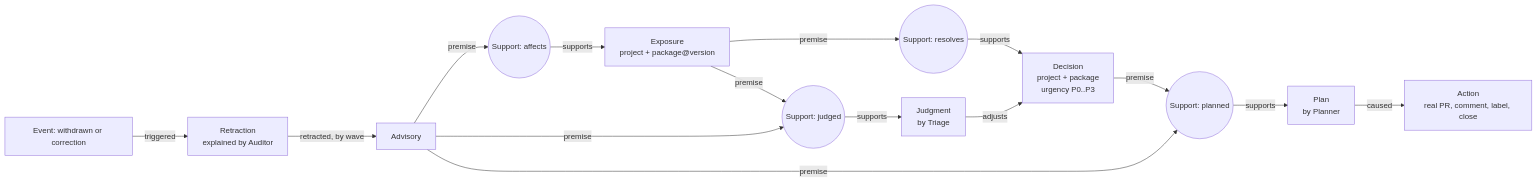
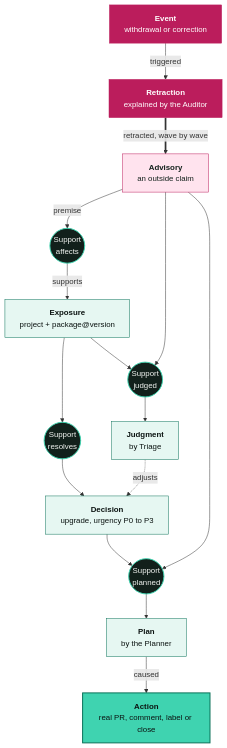
The first of 2 diagrams in README.md (Rudransh-1508/retcon), drawn with Mermaid before and after one commit. The commit also changed other lines of this file, not shown here.

Commit message:
README: shieldcn banner and badges, system architecture diagram, clearer graph model

````diff
--- a/README.md
+++ b/README.md
@@ -42,17 +37,29 @@
 ```mermaid
-flowchart LR
-  A[Advisory] -- premise --> S1((Support: affects))
-  S1 -- supports --> E[Exposure<br/>project + package@version]
-  E -- premise --> S2((Support: resolves))
-  S2 -- supports --> D[Decision<br/>project + package<br/>urgency P0..P3]
-  A -- premise --> S3((Support: judged))
-  E -- premise --> S3
-  S3 -- supports --> J[Judgment<br/>by Triage]
-  J -- adjusts --> D
-  D -- premise --> S4((Support: planned))
-  A -- premise --> S4
-  S4 -- supports --> P[Plan<br/>by Planner]
-  P -- caused --> X[Action<br/>real PR, comment, label, close]
-  W[Event: withdrawn or correction] -- triggered --> R[Retraction<br/>explained by Auditor]
-  R -- retracted, by wave --> A
+flowchart TB
+  W["<b>Event</b><br/>withdrawal or correction"] -->|triggered| R["<b>Retraction</b><br/>explained by the Auditor"]
+  R ==>|"retracted, wave by wave"| A["<b>Advisory</b><br/>an outside claim"]
+
+  A -->|premise| S1(("Support<br/>affects"))
+  S1 -->|supports| E["<b>Exposure</b><br/>project + package@version"]
+  E --> S2(("Support<br/>resolves"))
+  S2 --> D["<b>Decision</b><br/>upgrade, urgency P0 to P3"]
+  A --> S3(("Support<br/>judged"))
+  E --> S3
+  S3 --> J["<b>Judgment</b><br/>by Triage"]
+  J -.->|adjusts| D
+  D --> S4(("Support<br/>planned"))
+  A --> S4
+  S4 --> P["<b>Plan</b><br/>by the Planner"]
+  P -->|caused| X["<b>Action</b><br/>real PR, comment, label or close"]
+
+  classDef ev fill:#ffe3ee,stroke:#bb1d5c,color:#12201b
+  classDef sup fill:#12201b,stroke:#3fd3b0,stroke-width:2px,color:#f3f5f2
+  classDef bel fill:#e6f7f2,stroke:#0a7058,color:#0b1311
+  classDef act fill:#3fd3b0,stroke:#0a7058,color:#0b1311,stroke-width:2px
+  classDef ret fill:#bb1d5c,stroke:#bb1d5c,color:#ffffff
+  class A ev
+  class S1,S2,S3,S4 sup
+  class E,J,D,P bel
+  class X act
+  class W,R ret
 ```
````
